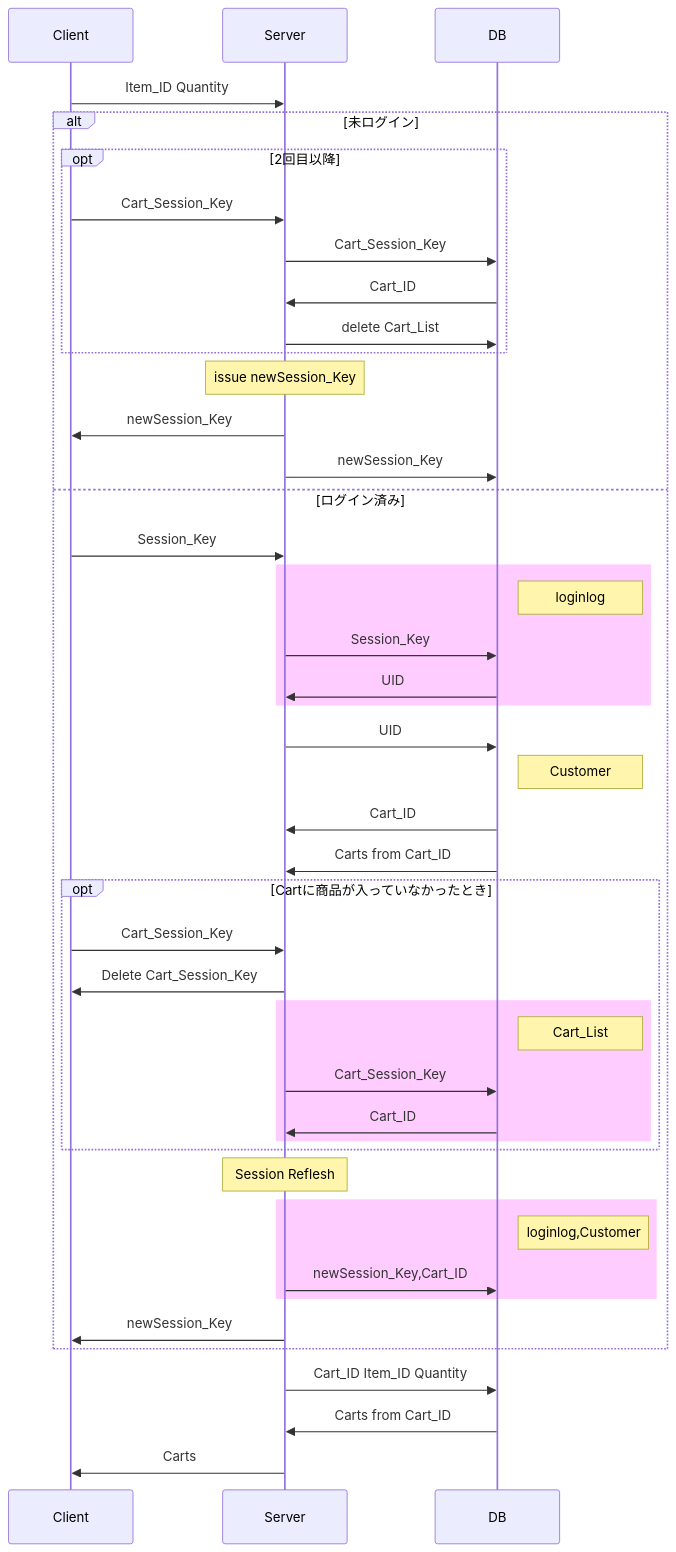
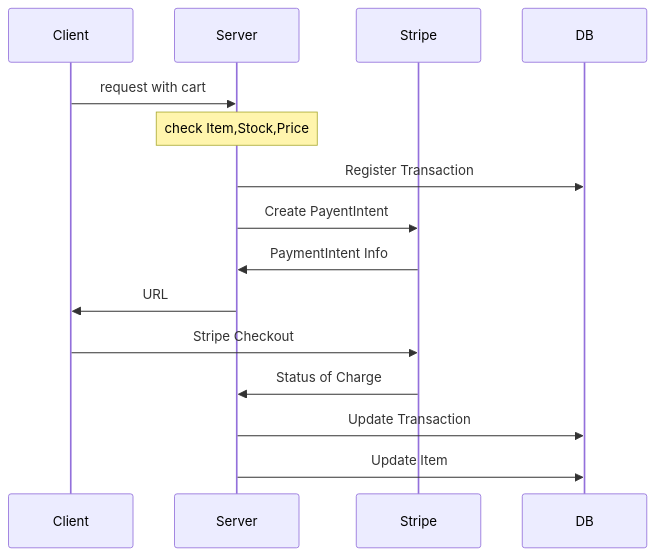
One commit to WhatACotton/CharisWorks-BackEnd changed the fourth of 5 diagrams in README.md. Above: the diagram before and after it, drawn with Mermaid. The commit also changed other lines of this file and 45 other files, not shown here.

````diff
--- a/README.md
+++ b/README.md
@@ -86,50 +71,19 @@
 ```mermaid
 sequenceDiagram
 participant Client
 participant Server
+participant Stripe
 participant DB
-Client ->> Server:Item_ID Quantity
-alt 未ログイン
-opt 2回目以降
-Client ->> Server:Cart_Session_Key
-Server ->> DB:Cart_Session_Key
-DB ->> Server:Cart_ID　
-Server ->> DB: delete Cart_List
-end
-Note over Server:issue newSession_Key
-Server ->> Client:newSession_Key
-Server ->> DB:newSession_Key
-else ログイン済み
-Client ->> Server: Session_Key
-rect rgba(255, 0, 255, 0.2)
-Note right of DB: loginlog
-Server ->> DB: Session_Key
-DB ->> Server: UID
-end
-Server ->> DB: UID
-Note right of DB: Customer
-DB ->> Server:Cart_ID
-DB ->> Server:Carts from Cart_ID
 
 
-opt Cartに商品が入っていなかったとき
-Client ->> Server: Cart_Session_Key
-Server ->> Client: Delete Cart_Session_Key
-rect rgba(255, 0, 255, 0.2)
-Note right of DB: Cart_List
-Server ->> DB: Cart_Session_Key
-DB ->> Server:Cart_ID
-
-end
-end
-Note over Server: Session Reflesh
-rect rgba(255, 0, 255, 0.2)
-Note right of DB: loginlog,Customer
-Server ->> DB:newSession_Key,Cart_ID
-end
-Server ->> Client :newSession_Key
-end
-Server ->> DB:Cart_ID Item_ID Quantity
-DB ->> Server:Carts from Cart_ID
-Server ->> Client:Carts
+Client ->> Server:request with cart
+Note over Server:check Item,Stock,Price
+Server ->> DB:Register Transaction
+Server ->> Stripe:Create PayentIntent
+Stripe ->> Server:PaymentIntent Info
+Server ->> Client:URL
+Client ->> Stripe:Stripe Checkout
+Stripe ->> Server:Status of Charge
+Server ->> DB:Update Transaction
+Server ->> DB:Update Item
 ```
````
